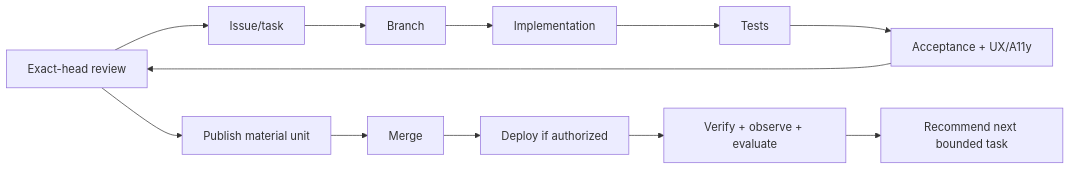
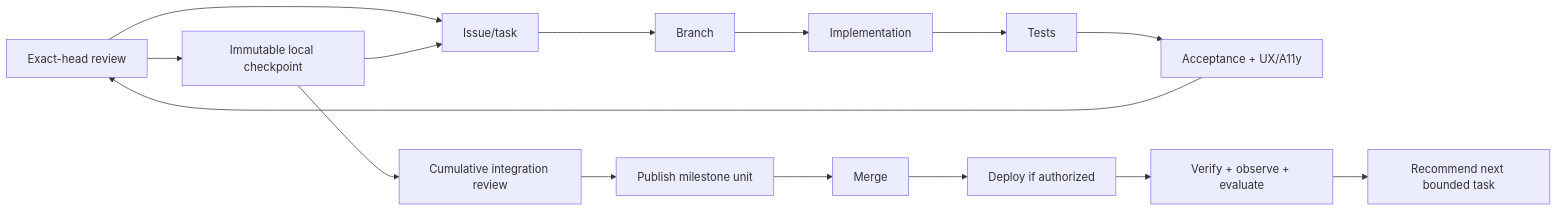
The diagram in docs/DEVELOPMENT_WORKFLOW.md (drkmtr1/nightdrive), drawn with Mermaid before and after one commit. The commit also changed other lines of this file and 9 other files, not shown here.

Commit message:
docs: specify local checkpoints and milestone integration

````diff
--- a/docs/DEVELOPMENT_WORKFLOW.md
+++ b/docs/DEVELOPMENT_WORKFLOW.md
@@ -5,13 +5,15 @@
 ```mermaid
 flowchart LR
   R[Requirement] --> I[Issue/task]
   I --> B[Branch]
   B --> C[Implementation]
   C --> T[Tests]
   T --> A[Acceptance + UX/A11y]
-  A --> R[Exact-head review] --> P[Publish material unit]
+  A --> R[Exact-head review] --> L[Immutable local checkpoint]
+  L --> I
+  L --> F[Cumulative integration review] --> P[Publish milestone unit]
   P --> M[Merge]
   M --> D[Deploy if authorized]
   D --> V[Verify + observe + evaluate]
   V --> N[Recommend next bounded task]
 ```
````
